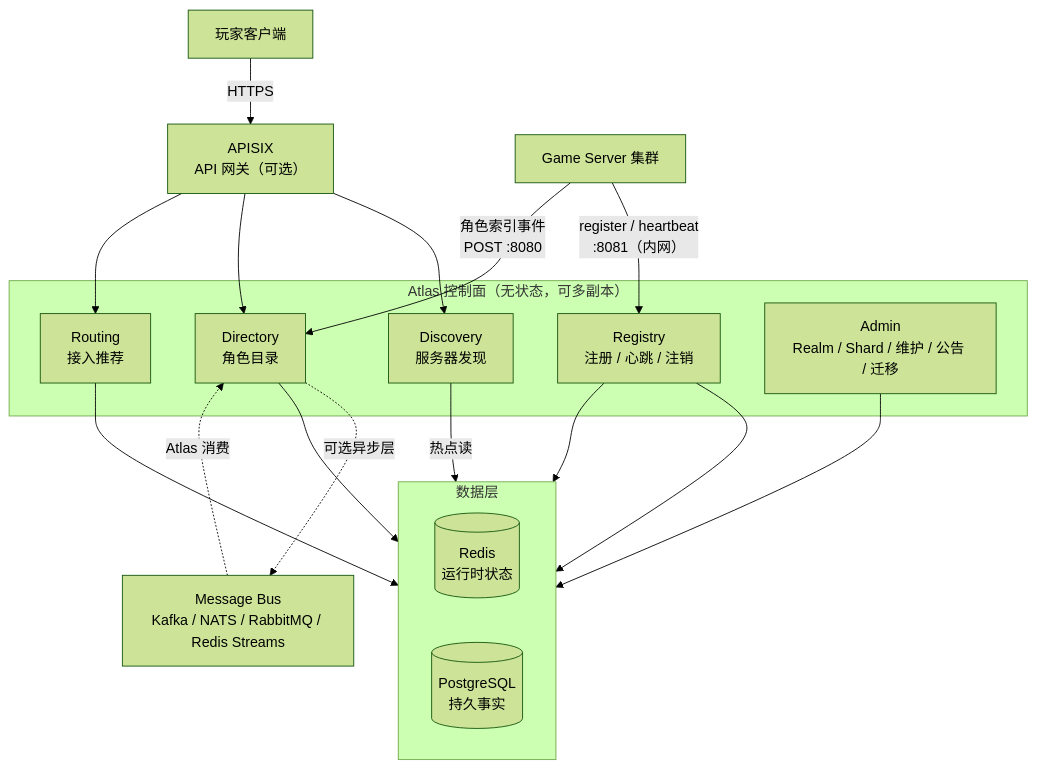
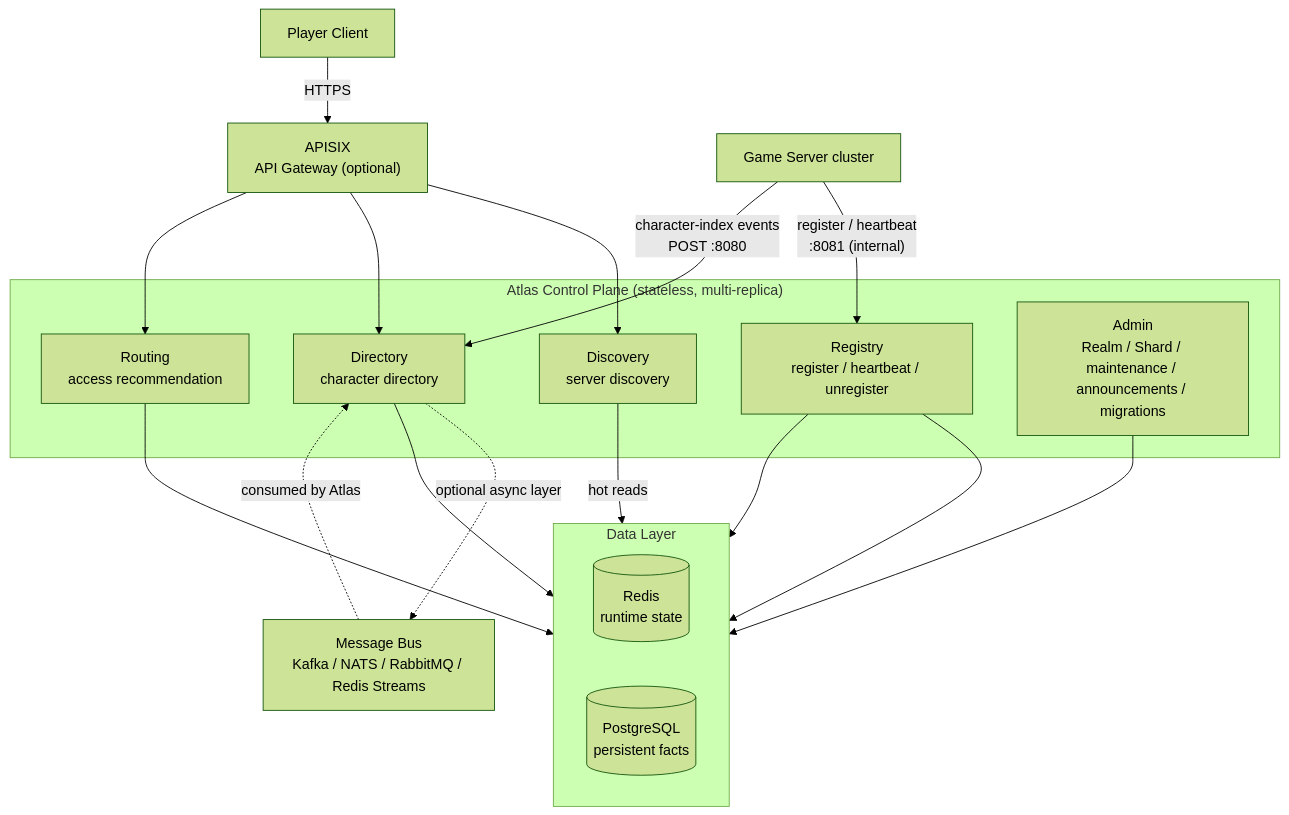
One commit to cuihairu/atlas changed the first of 2 diagrams in README.md. Above: the diagram before and after it, drawn with Mermaid (forest theme). The commit also changed other lines of this file and 1 other file, not shown here.

````diff
--- a/README.md
+++ b/README.md
@@ -80,31 +82,31 @@
 ```mermaid
 flowchart TB
-    Player["玩家客户端"]
-    GW["APISIX<br/>API 网关（可选）"]
+    Player["Player Client"]
+    GW["APISIX<br/>API Gateway (optional)"]
 
-    subgraph atlas["Atlas 控制面（无状态，可多副本）"]
-        REG["Registry<br/>注册 / 心跳 / 注销"]
-        DISC["Discovery<br/>服务器发现"]
-        DIR["Directory<br/>角色目录"]
-        ROUT["Routing<br/>接入推荐"]
-        ADMIN["Admin<br/>Realm / Shard / 维护 / 公告 / 迁移"]
+    subgraph atlas["Atlas Control Plane (stateless, multi-replica)"]
+        REG["Registry<br/>register / heartbeat / unregister"]
+        DISC["Discovery<br/>server discovery"]
+        DIR["Directory<br/>character directory"]
+        ROUT["Routing<br/>access recommendation"]
+        ADMIN["Admin<br/>Realm / Shard / maintenance / announcements / migrations"]
     end
 
-    subgraph stores["数据层"]
+    subgraph stores["Data Layer"]
         direction LR
-        REDIS[("Redis<br/>运行时状态")]
-        PG[("PostgreSQL<br/>持久事实")]
+        REDIS[("Redis<br/>runtime state")]
+        PG[("PostgreSQL<br/>persistent facts")]
     end
 
-    GS["Game Server 集群"]
+    GS["Game Server cluster"]
 
     Player -->|HTTPS| GW
     GW --> DISC & DIR & ROUT
-    GS -->|"register / heartbeat<br/>:8081（内网）"| REG
-    GS -->|"角色索引事件<br/>POST :8080"| DIR
-    DIR -.->|"可选异步层"| BUS["Message Bus<br/>Kafka / NATS / RabbitMQ / Redis Streams"]
-    BUS -.->|"Atlas 消费"| DIR
+    GS -->|"register / heartbeat<br/>:8081 (internal)"| REG
+    GS -->|"character-index events<br/>POST :8080"| DIR
+    DIR -.->|"optional async layer"| BUS["Message Bus<br/>Kafka / NATS / RabbitMQ / Redis Streams"]
+    BUS -.->|"consumed by Atlas"| DIR
     REG --> REDIS & PG
-    DISC -->|热点读| REDIS
+    DISC -->|hot reads| REDIS
     DIR & ROUT & ADMIN --> PG
 ```
````
